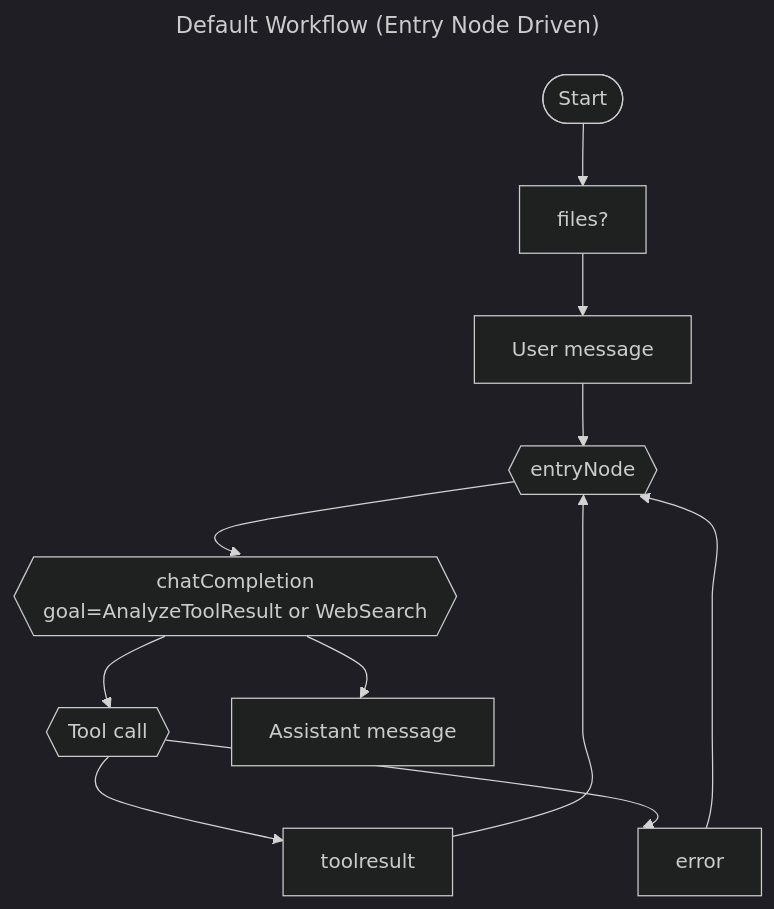
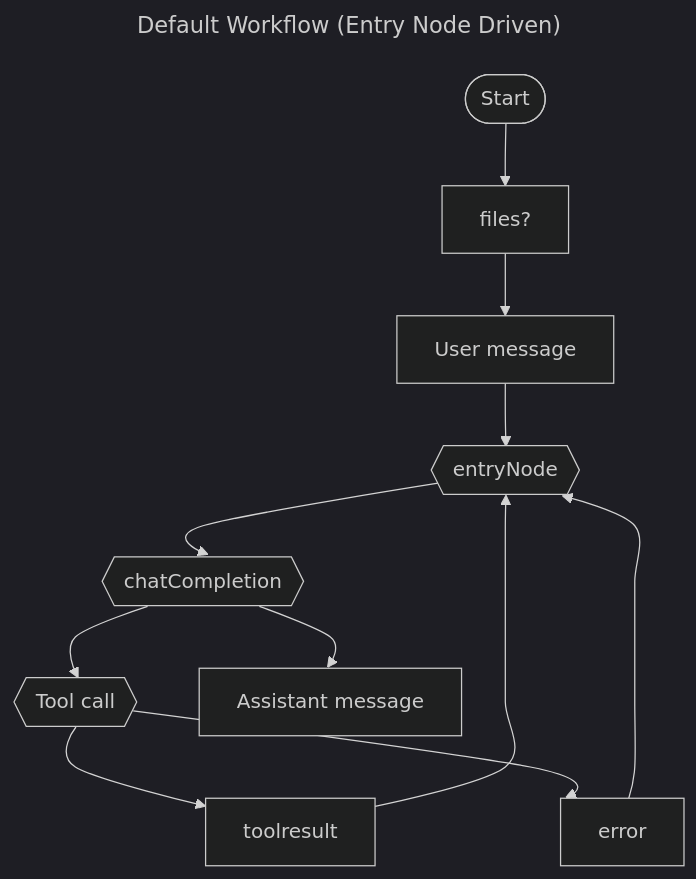
The second of 3 diagrams in public/docs/conversations/taskyon_description.md (Xyntopia/taskyon), drawn with Mermaid (dark theme) before and after one commit. The commit also changed other lines of this file and 23 other files, not shown here.

Commit message:
big refactor of chatCompletion!

````diff
--- a/public/docs/conversations/taskyon_description.md
+++ b/public/docs/conversations/taskyon_description.md
@@ -82,20 +82,20 @@
 ```mermaid
 ---
 title: Default Workflow (Entry Node Driven)
 ---
 %%{init: { "flowchart": { "curve": "cardinal", "wrappingWidth": 420 } } }%%
 flowchart TD
   S([Start]) --> Files[files?]
   Files --> U[User message]
   U --> Entry{{entryNode}}
 
-  Entry --> CT{{chatCompletion<br/>goal=AnalyzeToolResult or WebSearch}}
+  Entry --> CT{{chatCompletion}}
   CT --> ToolCall{{Tool call}}
   ToolCall --> ToolResult[toolresult]
   ToolResult --> Entry
 
   CT --> A[Assistant message]
 
   ToolCall --> Error[error]
   Error --> Entry
 ```
````
